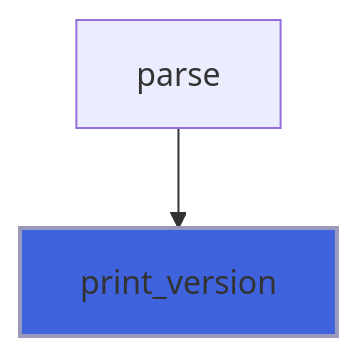
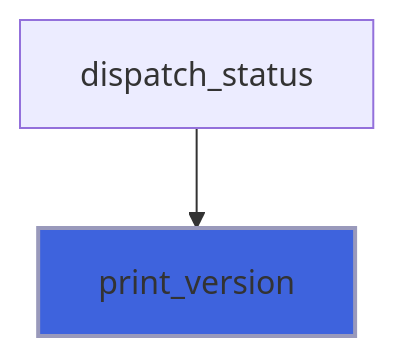
One commit to szaghi/FLAP changed the fourth of 8 diagrams in docs/api/src/lib/flap_object_t.md. Above: the diagram before and after it, drawn with Mermaid. The commit also changed other lines of this file and 17 other files, not shown here.

````diff
--- a/docs/api/src/lib/flap_object_t.md
+++ b/docs/api/src/lib/flap_object_t.md
@@ -124,5 +128,5 @@
 ```mermaid
 flowchart TD
-  parse["parse"] --> print_version["print_version"]
+  dispatch_status["dispatch_status"] --> print_version["print_version"]
   style print_version fill:#3e63dd,stroke:#99b,stroke-width:2px
 ```
````
